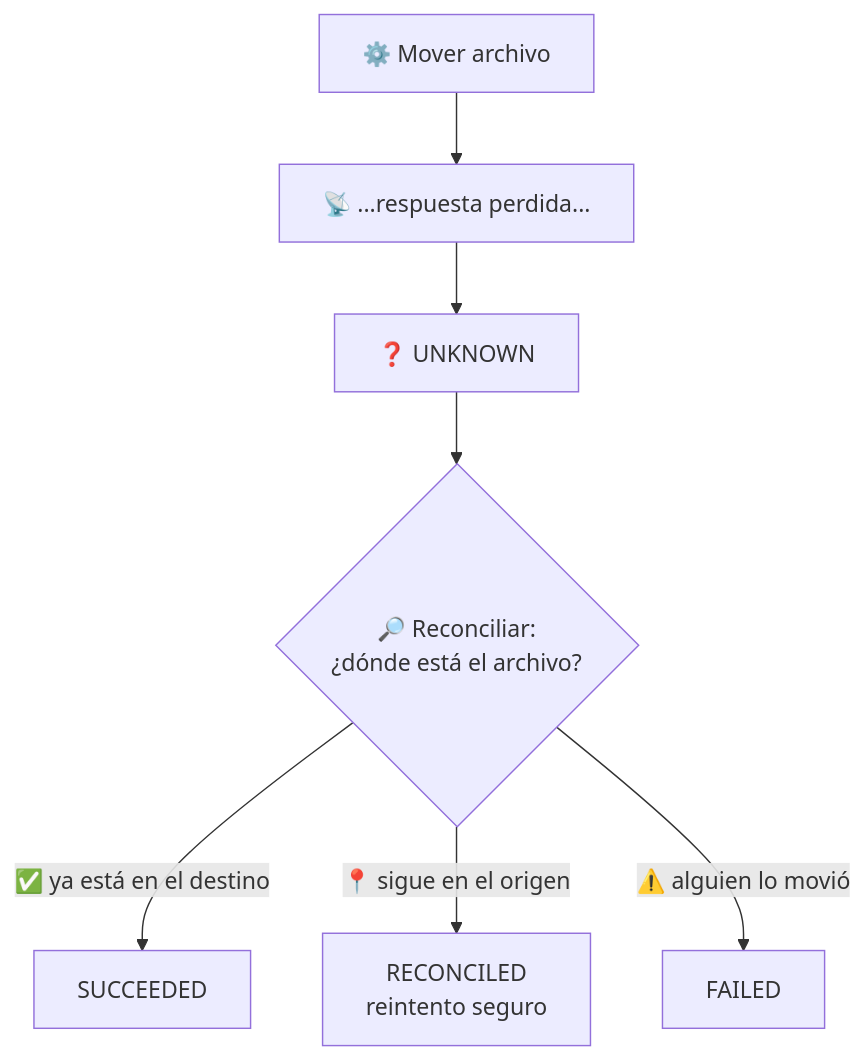
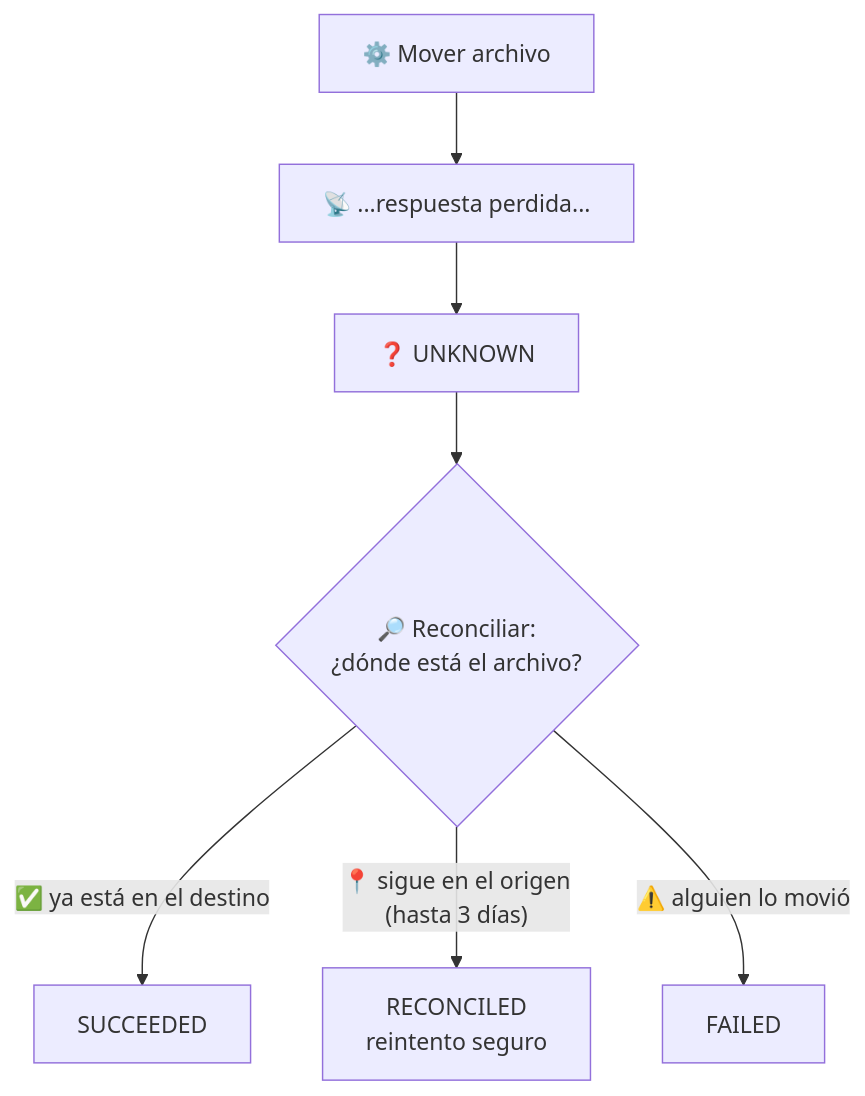
Before and after one commit to diegoberdejo/jacobot-docs: the fourth of 5 diagrams in docs/01-como-funciona.md, drawn with Mermaid. The commit also changed other lines of this file and 4 other files, not shown here.

````diff
--- a/docs/01-como-funciona.md
+++ b/docs/01-como-funciona.md
@@ -125,8 +125,8 @@
 ```mermaid
 flowchart TB
     A["⚙️ Mover archivo"] --> B["📡 ...respuesta perdida..."] --> C["❓ UNKNOWN"]
     C --> D{"🔎 Reconciliar:<br/>¿dónde está el archivo?"}
     D -->|"✅ ya está en el destino"| E["SUCCEEDED"]
-    D -->|"📍 sigue en el origen"| F["RECONCILED<br/>reintento seguro"]
+    D -->|"📍 sigue en el origen<br/>(hasta 3 días)"| F["RECONCILED<br/>reintento seguro"]
     D -->|"⚠️ alguien lo movió"| G["FAILED"]
 ```
````
